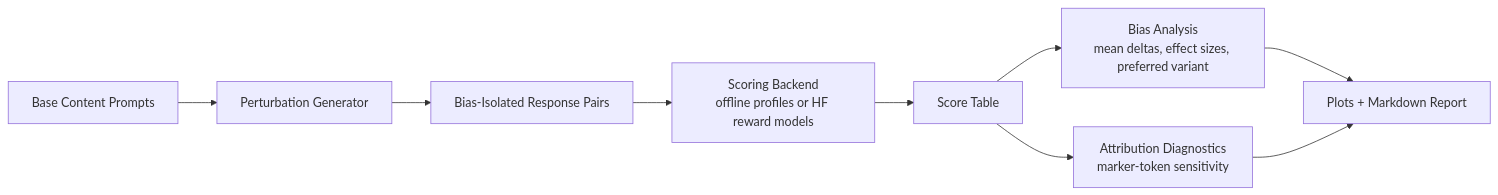
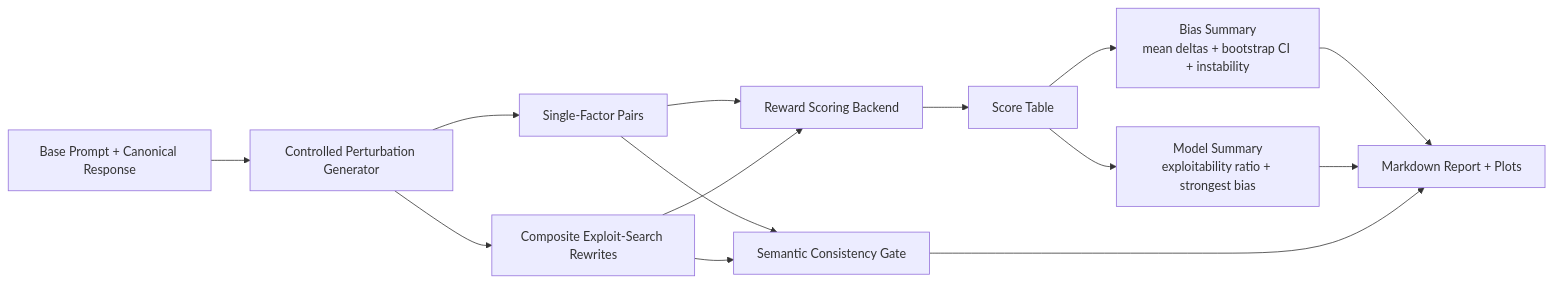
One commit to Neil-N4/reward-model-bias-auditor changed the diagram in README.md. Above: the diagram before and after it, drawn with Mermaid. The commit also changed other lines of this file and 21 other files, not shown here.

Commit message:
feat: expand reward-model evals and multi-model hf audit

````diff
--- a/README.md
+++ b/README.md
@@ -64,11 +98,16 @@
 ```mermaid
 flowchart LR
-    A["Base Content Prompts"] --> B["Perturbation Generator"]
-    B --> C["Bias-Isolated Response Pairs"]
-    C --> D["Scoring Backend<br/>offline profiles or HF reward models"]
-    D --> E["Score Table"]
-    E --> F["Bias Analysis<br/>mean deltas, effect sizes, preferred variant"]
-    E --> G["Attribution Diagnostics<br/>marker-token sensitivity"]
-    F --> H["Plots + Markdown Report"]
-    G --> H
+    A["Base Prompt + Canonical Response"] --> B["Controlled Perturbation Generator"]
+    B --> C["Single-Factor Pairs"]
+    B --> D["Composite Exploit-Search Rewrites"]
+    C --> E["Reward Scoring Backend"]
+    D --> E
+    E --> F["Score Table"]
+    F --> G["Bias Summary<br/>mean deltas + bootstrap CI + instability"]
+    F --> H["Model Summary<br/>exploitability ratio + strongest bias"]
+    C --> I["Semantic Consistency Gate"]
+    D --> I
+    G --> J["Markdown Report + Plots"]
+    H --> J
+    I --> J
 ```
````
